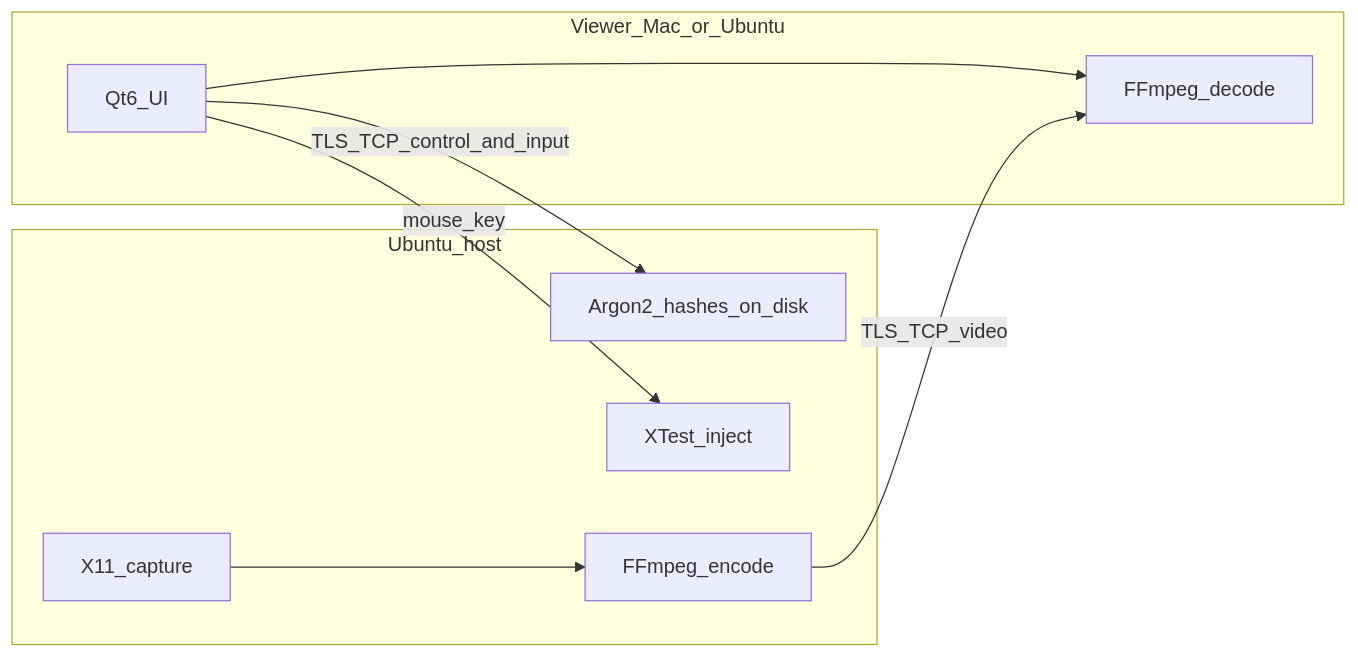
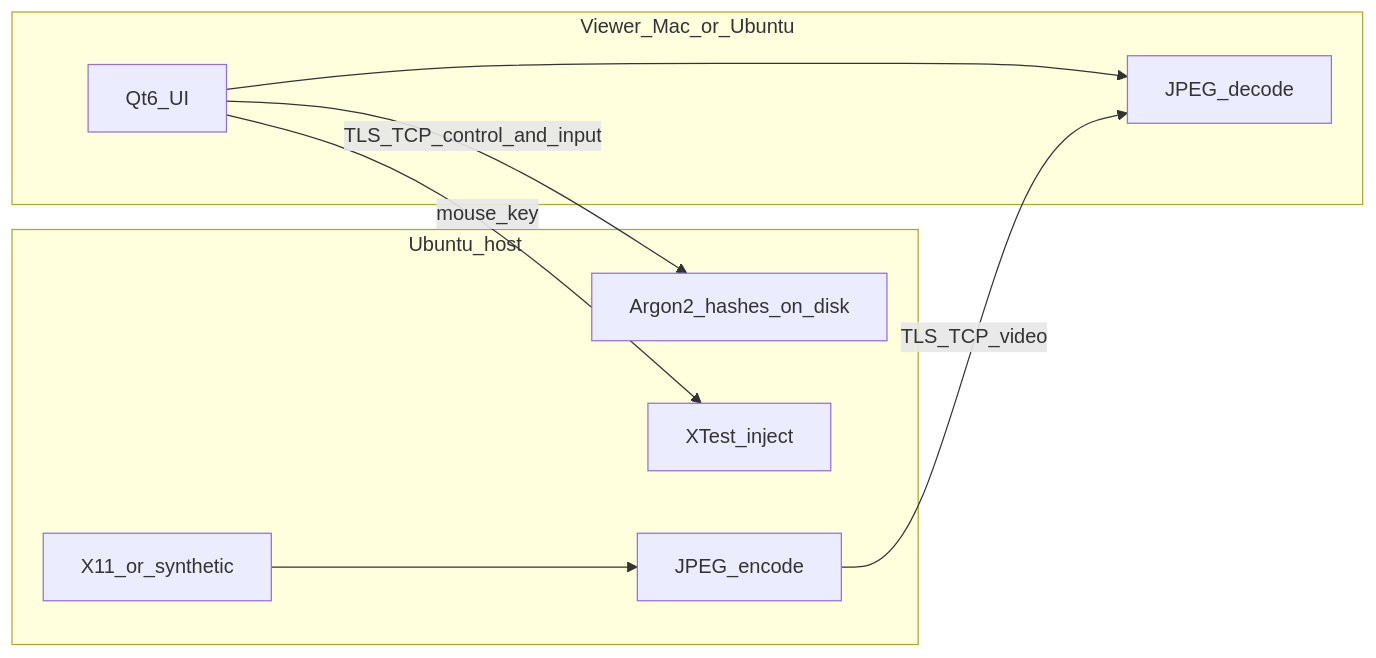
One commit to ArmaghanAsghar/TeamViewer changed the diagram in .cursor/brain/DECISIONS.md. Above: the diagram before and after it, drawn with Mermaid. The commit also changed other lines of this file and 44 other files, not shown here.

````diff
--- a/.cursor/brain/DECISIONS.md
+++ b/.cursor/brain/DECISIONS.md
@@ -51,18 +51,18 @@
 ```mermaid
 flowchart LR
   subgraph viewer [Viewer_Mac_or_Ubuntu]
     QtUI[Qt6_UI]
-    Decode[FFmpeg_decode]
+    Decode[JPEG_decode]
     QtUI --> Decode
   end
   subgraph host [Ubuntu_host]
-    Capture[X11_capture]
-    Encode[FFmpeg_encode]
+    Capture[X11_or_synthetic]
+    Encode[JPEG_encode]
     Inject[XTest_inject]
     Creds[Argon2_hashes_on_disk]
     Capture --> Encode
   end
   QtUI -->|"TLS_TCP_control_and_input"| Creds
   Encode -->|"TLS_TCP_video"| Decode
   QtUI -->|"mouse_key"| Inject
 ```
````
